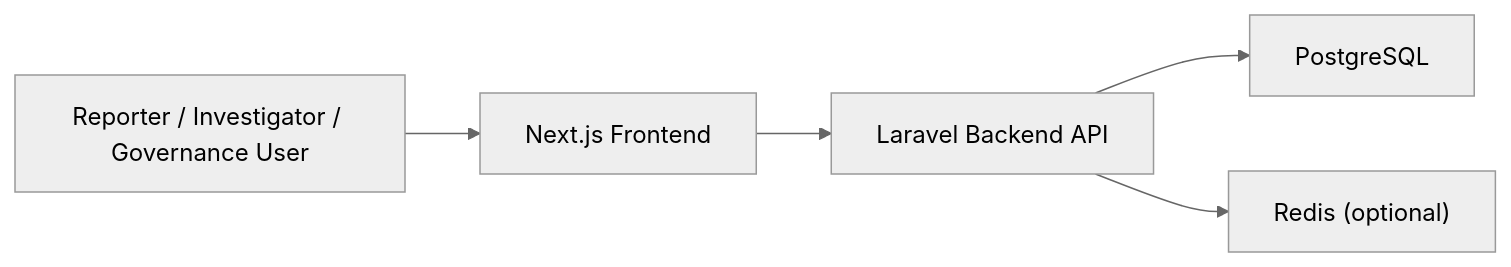
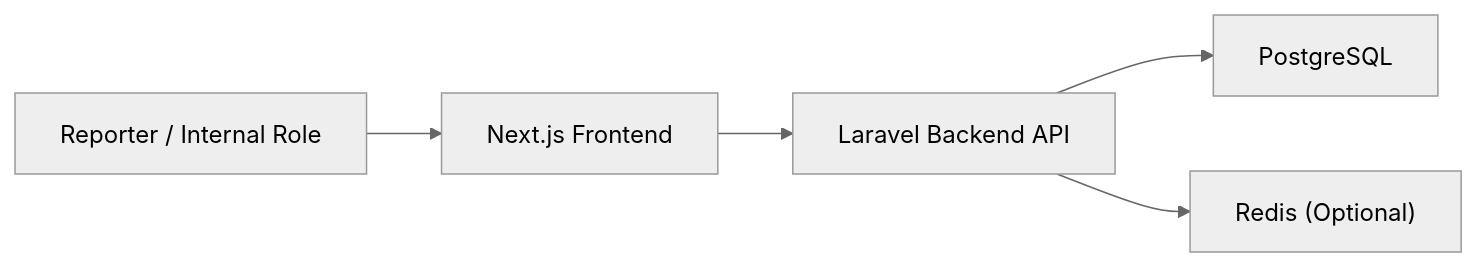
One commit to aidilikbar/wbs-thesis changed the first of 2 diagrams in docs/architecture.md. Above: the diagram before and after it, drawn with Mermaid (neutral theme). The commit also changed other lines of this file and 63 other files, not shown here.

````diff
--- a/docs/architecture.md
+++ b/docs/architecture.md
@@ -14,7 +15,7 @@
 ```mermaid
 flowchart LR
-    A["Reporter / Investigator / Governance User"] --> B["Next.js Frontend"]
+    A["Reporter / Internal Role"] --> B["Next.js Frontend"]
     B --> C["Laravel Backend API"]
     C --> D["PostgreSQL"]
-    C --> E["Redis (optional)"]
+    C --> E["Redis (Optional)"]
 ```
````
